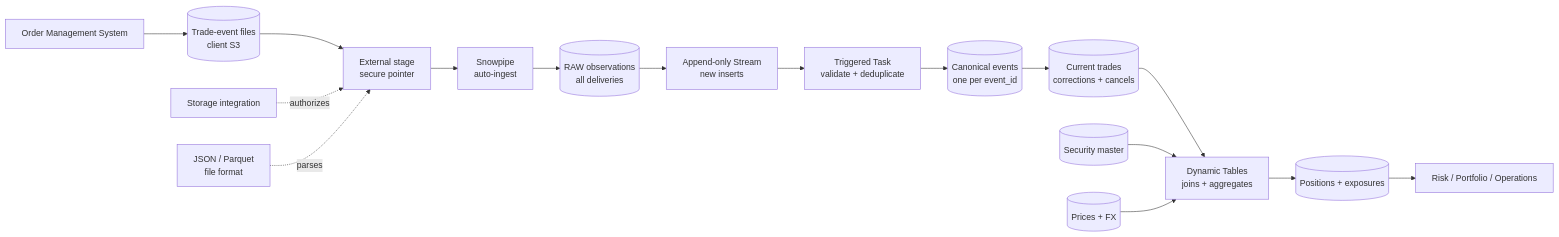
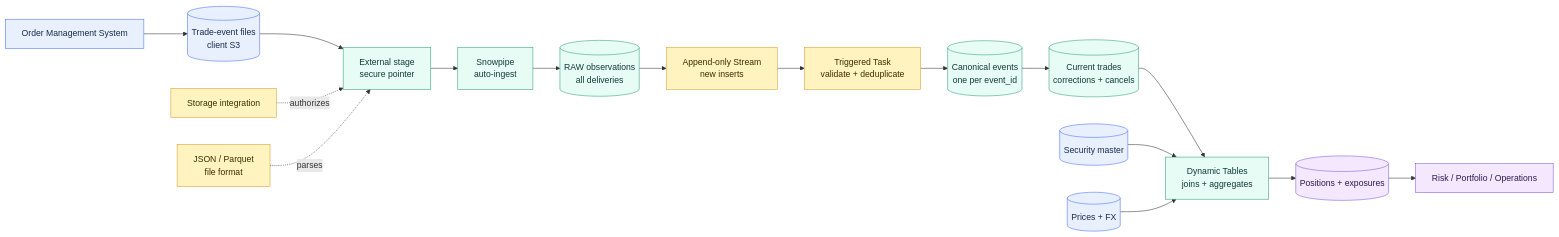
One commit to shonningsoy/Upskill changed the first of 2 diagrams in 01 Snowflake/04 Data Engineering/24.5 Bonus chapter Data from A-Z.md. Above: the diagram before and after it, drawn with Mermaid. The commit also changed other lines of this file and 14 other files, not shown here.

````diff
--- a/01 Snowflake/04 Data Engineering/24.5 Bonus chapter Data from A-Z.md
+++ b/01 Snowflake/04 Data Engineering/24.5 Bonus chapter Data from A-Z.md
@@ -72,18 +75,28 @@
 ```mermaid
 flowchart LR
     OMS[Order Management System] --> S3[(Trade-event files<br/>client S3)]
     S3 --> STG[External stage<br/>secure pointer]
     INT[Storage integration] -.authorizes.-> STG
     FF[JSON / Parquet<br/>file format] -.parses.-> STG
     STG --> SP[Snowpipe<br/>auto-ingest]
     SP --> RAW[(RAW observations<br/>all deliveries)]
     RAW --> STR[Append-only Stream<br/>new inserts]
     STR --> TSK[Triggered Task<br/>validate + deduplicate]
     TSK --> CAN[(Canonical events<br/>one per event_id)]
     CAN --> CURR[(Current trades<br/>corrections + cancels)]
     CURR --> DT[Dynamic Tables<br/>joins + aggregates]
     SEC[(Security master)] --> DT
     PX[(Prices + FX)] --> DT
     DT --> OUT[(Positions + exposures)]
     OUT --> USERS[Risk / Portfolio / Operations]
+
+    classDef input fill:#E8F0FE,stroke:#4C6EF5,color:#172B4D
+    classDef control fill:#FFF3BF,stroke:#D69E2E,color:#3D2E00
+    classDef snowflake fill:#E6FCF5,stroke:#2F9E7B,color:#123C34
+    classDef platform fill:#F1F3F5,stroke:#868E96,color:#212529
+    classDef output fill:#F3E8FF,stroke:#805AD5,color:#2D1B4E
+    class OMS,S3,SEC,PX input
+    class INT,FF,STR,TSK control
+    class STG,SP,RAW,CAN,CURR,DT snowflake
+    class OUT,USERS output
 ```
````
